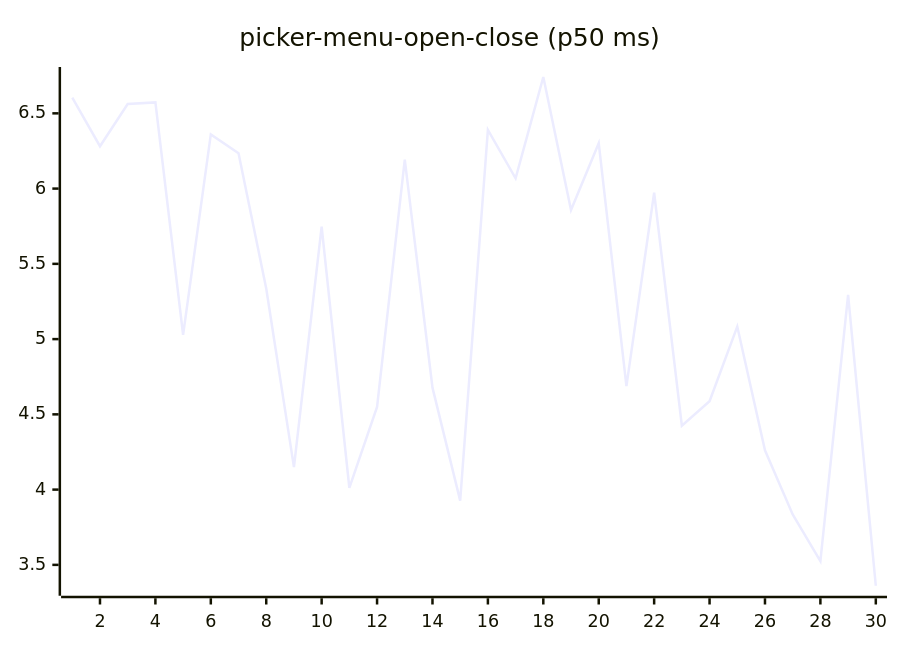
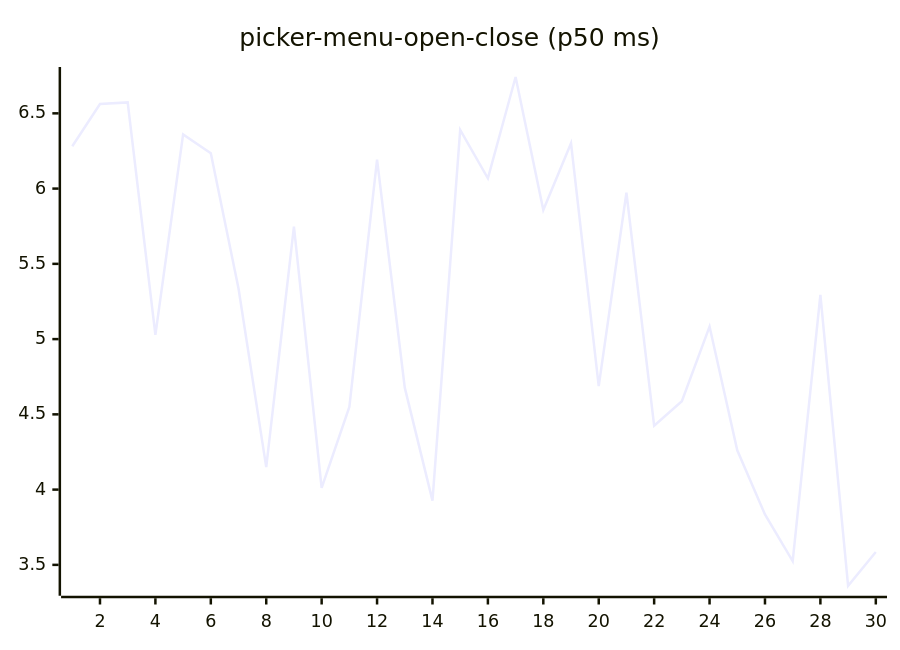
One commit to josha/Facet changed diagram 16 of 27 in README.md. Above: the diagram before and after it, drawn with Mermaid. The commit also changed other lines of this file and 2 other files, not shown here.

````diff
--- a/README.md
+++ b/README.md
@@ -168,6 +168,6 @@
 ```mermaid
 xychart-beta
     title "picker-menu-open-close (p50 ms)"
     x-axis 1 --> 30
-    line [6.6044, 6.2815, 6.5623, 6.5728, 5.0278, 6.3599, 6.2355, 5.3362, 4.1492, 5.7473, 4.0112, 4.5489, 6.1919, 4.6774, 3.9267, 6.3897, 6.0683, 6.7415, 5.8582, 6.3016, 4.6878, 5.9725, 4.4246, 4.5868, 5.0832, 4.2609, 3.8354, 3.5244, 5.2942, 3.3612]
+    line [6.2815, 6.5623, 6.5728, 5.0278, 6.3599, 6.2355, 5.3362, 4.1492, 5.7473, 4.0112, 4.5489, 6.1919, 4.6774, 3.9267, 6.3897, 6.0683, 6.7415, 5.8582, 6.3016, 4.6878, 5.9725, 4.4246, 4.5868, 5.0832, 4.2609, 3.8354, 3.5244, 5.2942, 3.3612, 3.5857]
 ```
````
